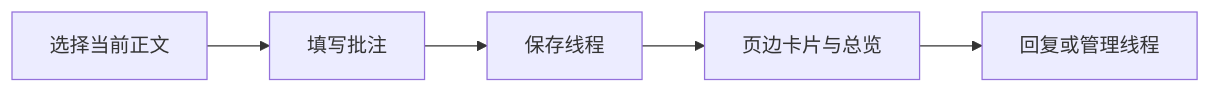
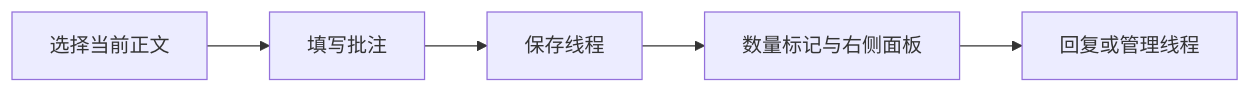
Before and after one commit to jinghonh/LaTeX-Review: the diagram in Docs/report-annotations-user-guide.md, drawn with Mermaid. The commit also changed other lines of this file and 17 other files, not shown here.

````diff
--- a/Docs/report-annotations-user-guide.md
+++ b/Docs/report-annotations-user-guide.md
@@ -11,7 +33,7 @@
 ```mermaid
 flowchart LR
  A[选择当前正文] --> B[填写批注]
  B --> C[保存线程]
- C --> D[页边卡片与总览]
+ C --> D[数量标记与右侧面板]
  D --> E[回复或管理线程]
 ```
````
